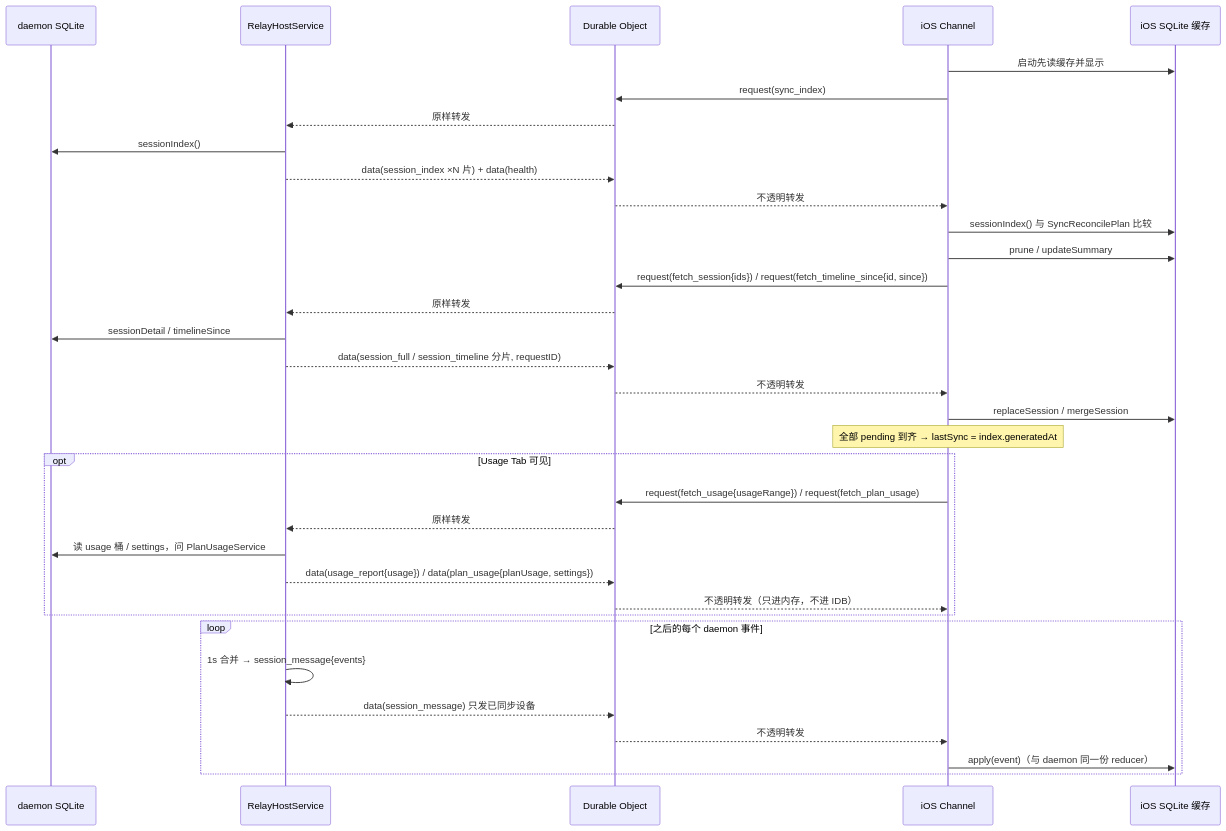
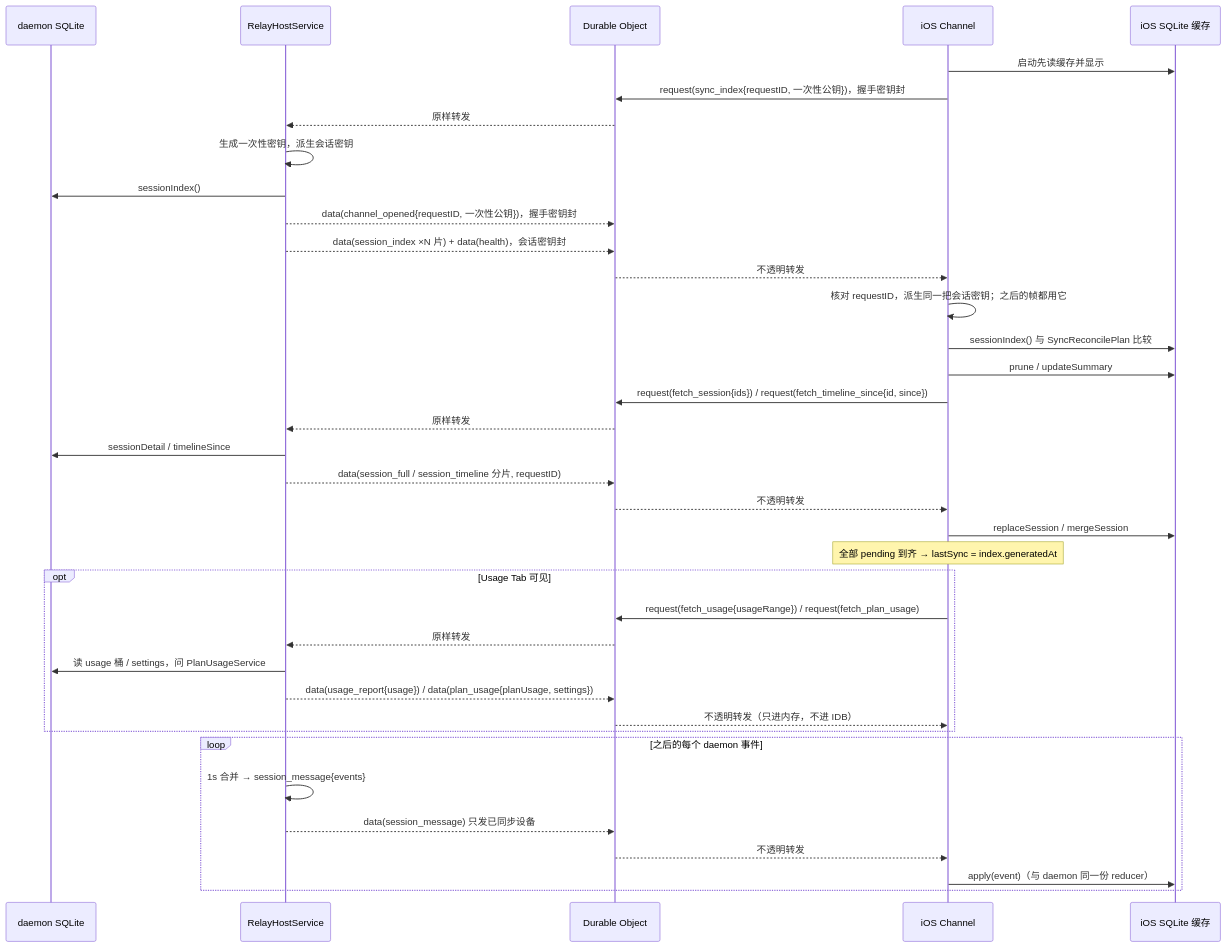
One commit to AFutureD/Lumi changed the second of 2 diagrams in docs/design/data-communication-storage.md. Above: the diagram before and after it, drawn with Mermaid. The commit also changed other lines of this file and 26 other files, not shown here.

````diff
--- a/docs/design/data-communication-storage.md
+++ b/docs/design/data-communication-storage.md
@@ -167,37 +167,40 @@
 ```mermaid
 sequenceDiagram
     participant D as daemon SQLite
     participant H as RelayHostService
     participant R as Durable Object
     participant I as iOS Channel
     participant IDB as iOS SQLite 缓存
 
     I->>IDB: 启动先读缓存并显示
-    I->>R: request(sync_index)
+    I->>R: request(sync_index{requestID, 一次性公钥})，握手密钥封
     R-->>H: 原样转发
+    H->>H: 生成一次性密钥，派生会话密钥
     H->>D: sessionIndex()
-    H-->>R: data(session_index ×N 片) + data(health)
+    H-->>R: data(channel_opened{requestID, 一次性公钥})，握手密钥封
+    H-->>R: data(session_index ×N 片) + data(health)，会话密钥封
     R-->>I: 不透明转发
+    I->>I: 核对 requestID，派生同一把会话密钥；之后的帧都用它
     I->>IDB: sessionIndex() 与 SyncReconcilePlan 比较
     I->>IDB: prune / updateSummary
     I->>R: request(fetch_session{ids}) / request(fetch_timeline_since{id, since})
     R-->>H: 原样转发
     H->>D: sessionDetail / timelineSince
     H-->>R: data(session_full / session_timeline 分片, requestID)
     R-->>I: 不透明转发
     I->>IDB: replaceSession / mergeSession
     Note over I: 全部 pending 到齐 → lastSync = index.generatedAt
     opt Usage Tab 可见
         I->>R: request(fetch_usage{usageRange}) / request(fetch_plan_usage)
         R-->>H: 原样转发
         H->>D: 读 usage 桶 / settings，问 PlanUsageService
         H-->>R: data(usage_report{usage}) / data(plan_usage{planUsage, settings})
         R-->>I: 不透明转发（只进内存，不进 IDB）
     end
     loop 之后的每个 daemon 事件
         H->>H: 1s 合并 → session_message{events}
         H-->>R: data(session_message) 只发已同步设备
         R-->>I: 不透明转发
         I->>IDB: apply(event)（与 daemon 同一份 reducer）
     end
 ```
````
